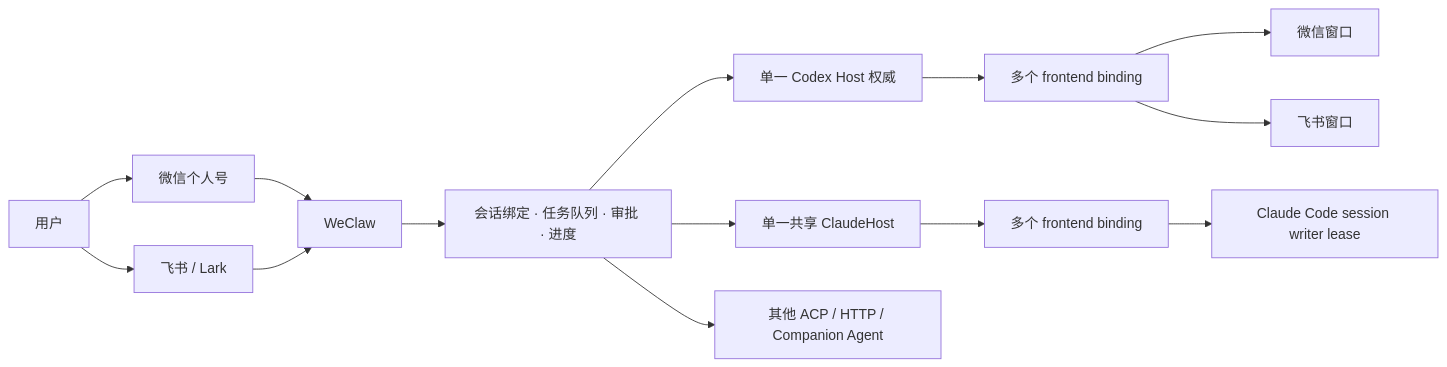
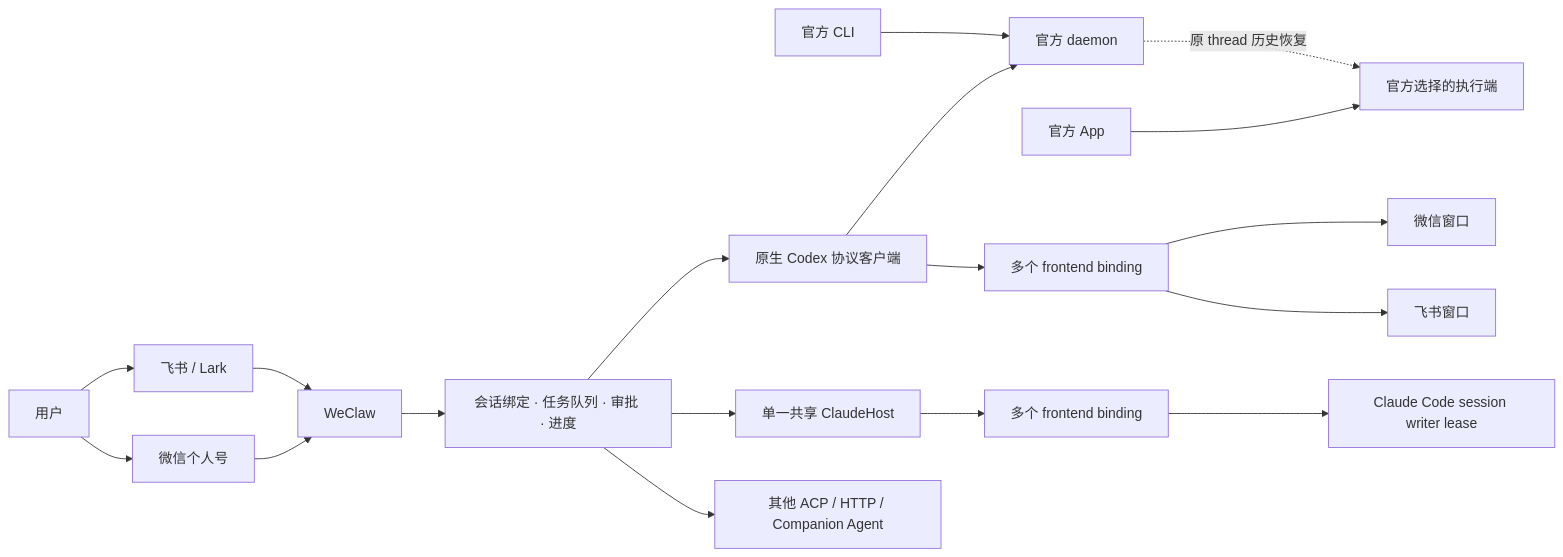
The diagram in README_CN.md (TingRuDeng/weclaw), drawn with Mermaid before and after one commit. The commit also changed other lines of this file and 50 other files, not shown here.

````diff
--- a/README_CN.md
+++ b/README_CN.md
@@ -208,16 +209,20 @@
 ```mermaid
 flowchart LR
     User[用户] --> WeChat[微信个人号]
     User --> Feishu[飞书 / Lark]
     WeChat --> Bridge[WeClaw]
     Feishu --> Bridge
     Bridge --> Core[会话绑定 · 任务队列 · 审批 · 进度]
-    Core --> Codex[单一 Codex Host 权威]
+    Core --> Codex[原生 Codex 协议客户端]
+    Codex --> Daemon[官方 daemon]
+    CLI[官方 CLI] --> Daemon
+    App[官方 App] --> AppHost[官方选择的执行端]
+    Daemon -. 原 thread 历史恢复 .-> AppHost
     Core --> Claude[单一共享 ClaudeHost]
     Core --> Other[其他 ACP / HTTP / Companion Agent]
     Codex --> Bindings[多个 frontend binding]
     Bindings --> WeChatClient[微信窗口]
     Bindings --> FeishuClient[飞书窗口]
     Claude --> ClaudeBindings[多个 frontend binding]
     ClaudeBindings --> Session[Claude Code session writer lease]
 ```
````
